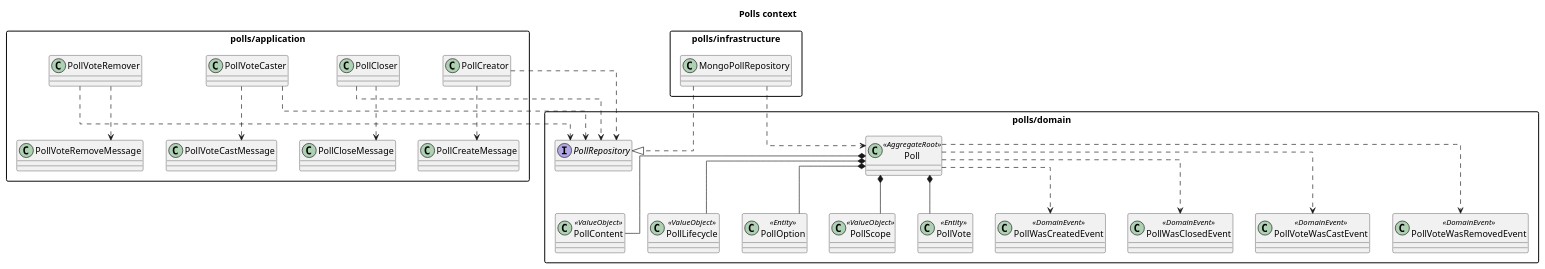
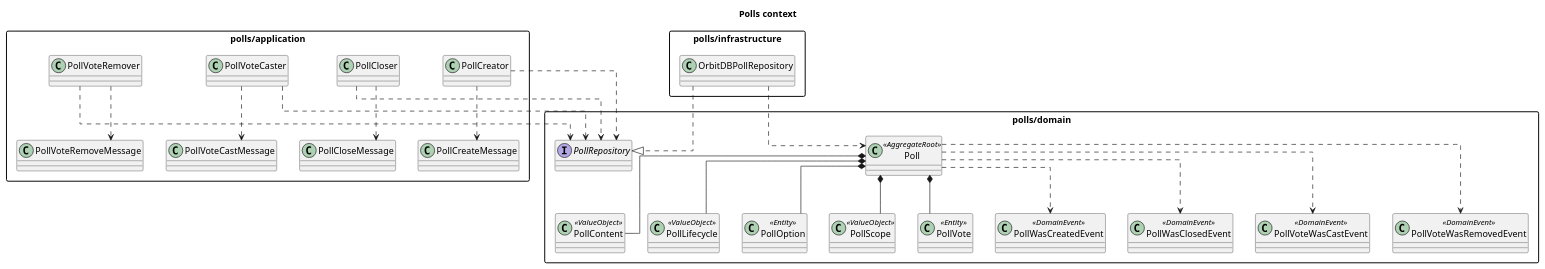
The diagram in src/contexts/polls/_docs/PollsClasses.puml (haskou/pigeon-swarm-node), drawn with PlantUML before and after one commit. The commit also changed 847 other files, not shown here.

First line of the commit message:
feat(storage): ✨ Replace MongoDB with OrbitDB replicated state

```diff
--- a/src/contexts/polls/_docs/PollsClasses.puml
+++ b/src/contexts/polls/_docs/PollsClasses.puml
@@ -1,62 +1,62 @@
 @startuml PollsClasses
 title Polls context
 
 skinparam packageStyle rectangle
 skinparam linetype ortho
 
 package "polls/domain" {
   class Poll <<AggregateRoot>>
   class PollContent <<ValueObject>>
   class PollLifecycle <<ValueObject>>
   class PollOption <<Entity>>
   class PollScope <<ValueObject>>
   class PollVote <<Entity>>
 
   interface PollRepository
 
   class PollWasCreatedEvent <<DomainEvent>>
   class PollWasClosedEvent <<DomainEvent>>
   class PollVoteWasCastEvent <<DomainEvent>>
   class PollVoteWasRemovedEvent <<DomainEvent>>
 }
 
 package "polls/application" {
   class PollCreator
   class PollCloser
   class PollVoteCaster
   class PollVoteRemover
 
   class PollCreateMessage
   class PollCloseMessage
   class PollVoteCastMessage
   class PollVoteRemoveMessage
 }
 
 package "polls/infrastructure" {
-  class MongoPollRepository
+  class OrbitDBPollRepository
 }
 
 Poll *-- PollContent
 Poll *-- PollLifecycle
 Poll *-- PollScope
 Poll *-- PollOption
 Poll *-- PollVote
 
 Poll ..> PollWasCreatedEvent
 Poll ..> PollWasClosedEvent
 Poll ..> PollVoteWasCastEvent
 Poll ..> PollVoteWasRemovedEvent
 
 PollCreator ..> PollCreateMessage
 PollCreator ..> PollRepository
 PollCloser ..> PollCloseMessage
 PollCloser ..> PollRepository
 PollVoteCaster ..> PollVoteCastMessage
 PollVoteCaster ..> PollRepository
 PollVoteRemover ..> PollVoteRemoveMessage
 PollVoteRemover ..> PollRepository
 
-MongoPollRepository ..|> PollRepository
-MongoPollRepository ..> Poll
+OrbitDBPollRepository ..|> PollRepository
+OrbitDBPollRepository ..> Poll
 
 @enduml
```
